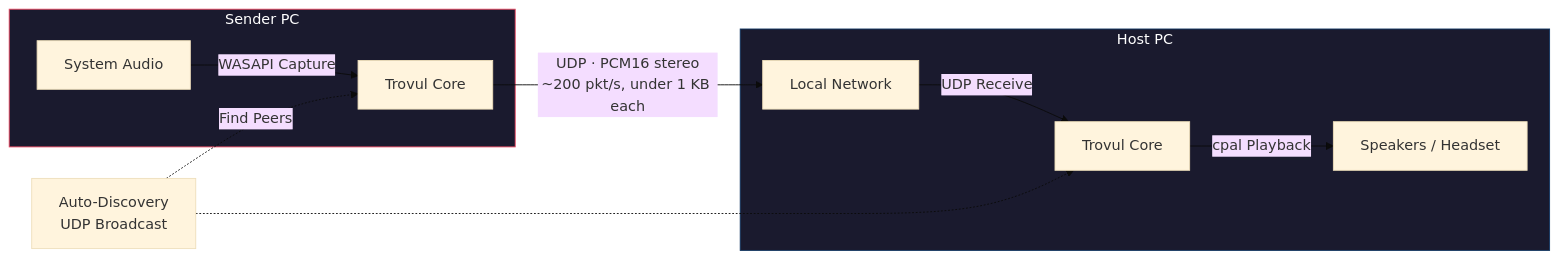
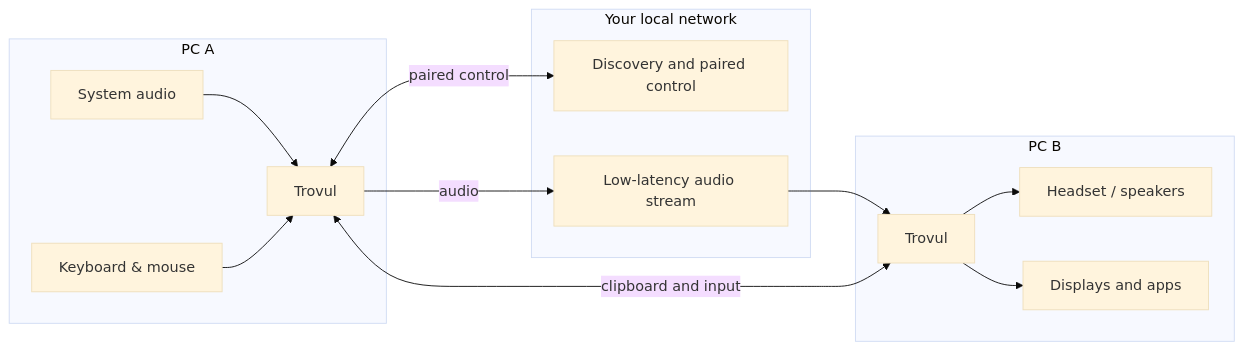
The diagram in README.md (leoisrael/Trovul), drawn with Mermaid (base theme) before and after one commit. The commit also changed other lines of this file and 5 other files, not shown here.

````diff
--- a/README.md
+++ b/README.md
@@ -101,19 +83,18 @@
 ```mermaid
-graph LR
-    subgraph PC1 [Sender PC]
-        A[System Audio] -->|WASAPI Capture| B[Trovul Core]
-    end
-
-    B -->|UDP · PCM16 stereo<br/>~200 pkt/s, under 1 KB each| C[Local Network]
-
-    subgraph PC2 [Host PC]
-        C -->|UDP Receive| D[Trovul Core]
-        D -->|cpal Playback| E[Speakers / Headset]
-    end
-
-    F[Auto-Discovery<br/>UDP Broadcast] -.->|Find Peers| B
-    F -.-> D
-
-    style PC1 fill:#1a1a2e,stroke:#e94560,color:#fff
-    style PC2 fill:#1a1a2e,stroke:#0f3460,color:#fff
+flowchart LR
+  subgraph A[PC A]
+    AA[System audio] --> AC[Trovul]
+    AK[Keyboard & mouse] --> AC
+  end
+  subgraph L[Your local network]
+    D[Discovery and paired control]
+    S[Low-latency audio stream]
+  end
+  subgraph B[PC B]
+    BC[Trovul] --> BA[Headset / speakers]
+    BC --> BK[Displays and apps]
+  end
+  AC <-->|paired control| D
+  AC -->|audio| S --> BC
+  AC <-->|clipboard and input| BC
 ```
````
